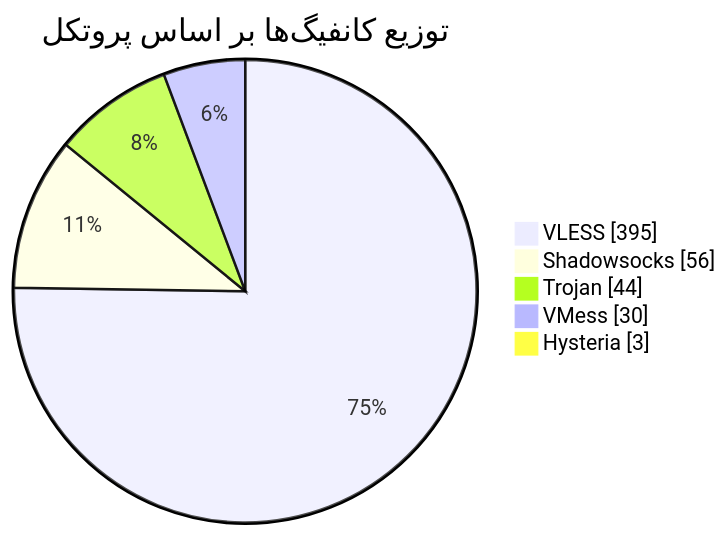
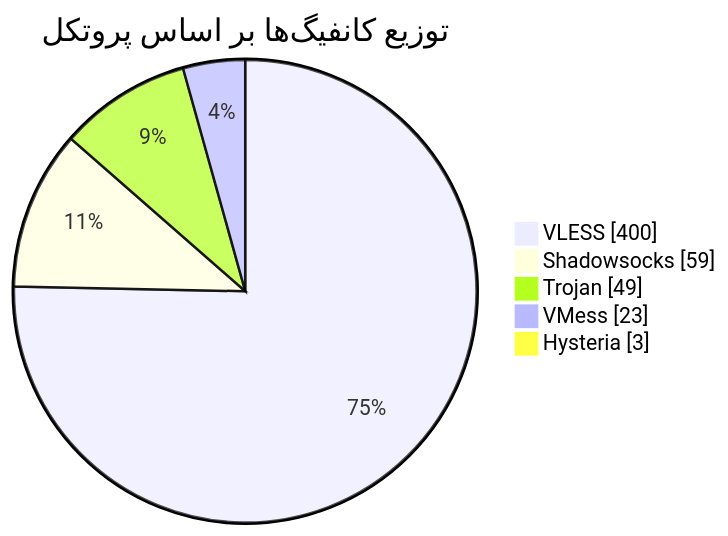
Before and after one commit to Arian-Alijani/Somthing: the diagram in README.md, drawn with Mermaid. The commit also changed other lines of this file and 73 other files, not shown here.

````diff
--- a/README.md
+++ b/README.md
@@ -47,9 +47,9 @@
 ```mermaid
 pie showData
     title توزیع کانفیگ‌ها بر اساس پروتکل
-    "VLESS" : 395
-    "Shadowsocks" : 56
-    "Trojan" : 44
-    "VMess" : 30
+    "VLESS" : 400
+    "Shadowsocks" : 59
+    "Trojan" : 49
+    "VMess" : 23
     "Hysteria" : 3
 ```
````
